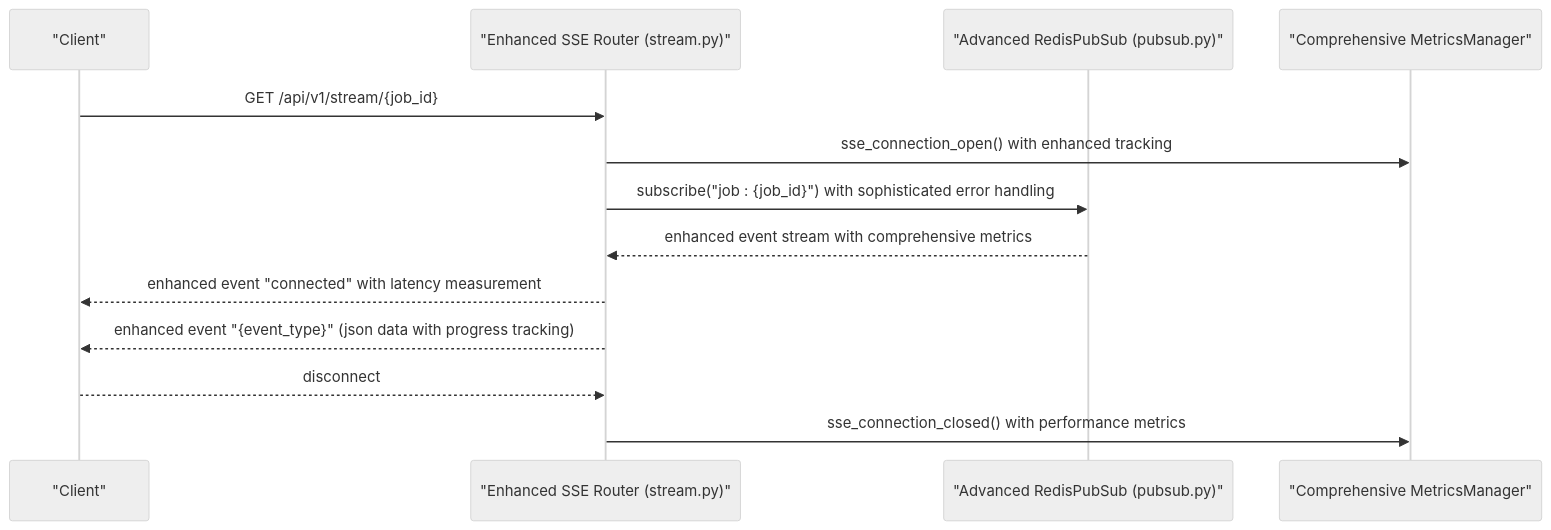
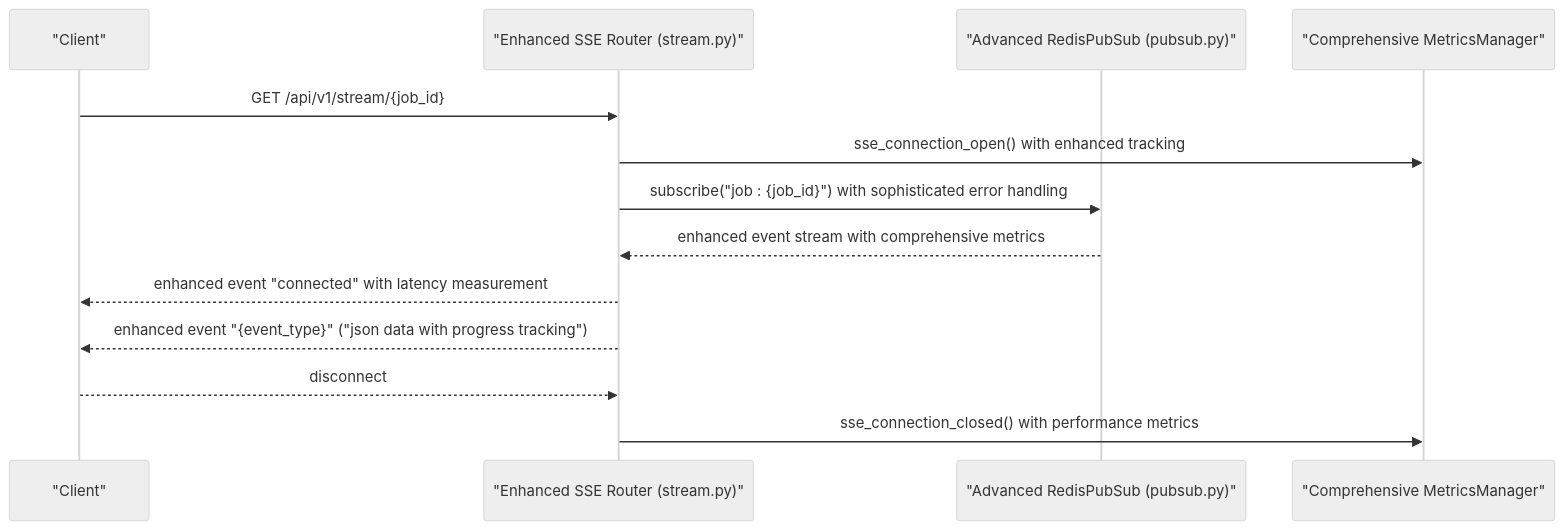
Before and after one commit to rohitkumarnaidu/ScholarFormAI: the fifth of 9 diagrams in docs/docs/knowledge/Backend Development/Real-time Communication.md, drawn with Mermaid (neutral theme). The commit also changed other lines of this file and 611 other files, not shown here.

````diff
--- a/docs/docs/knowledge/Backend Development/Real-time Communication.md
+++ b/docs/docs/knowledge/Backend Development/Real-time Communication.md
@@ -242,15 +242,15 @@
 ```mermaid
 sequenceDiagram
 participant Client as "Client"
 participant Router as "Enhanced SSE Router (stream.py)"
 participant PS as "Advanced RedisPubSub (pubsub.py)"
 participant Metrics as "Comprehensive MetricsManager"
 Client->>Router : GET /api/v1/stream/{job_id}
 Router->>Metrics : sse_connection_open() with enhanced tracking
 Router->>PS : subscribe("job : {job_id}") with sophisticated error handling
 PS-->>Router : enhanced event stream with comprehensive metrics
 Router-->>Client : enhanced event "connected" with latency measurement
-Router-->>Client : enhanced event "{event_type}" (json data with progress tracking)
+Router-->>Client : enhanced event "{event_type}" ("json data with progress tracking")
 Client-->>Router : disconnect
 Router->>Metrics : sse_connection_closed() with performance metrics
 ```
````
